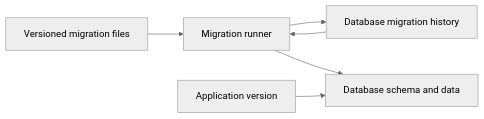
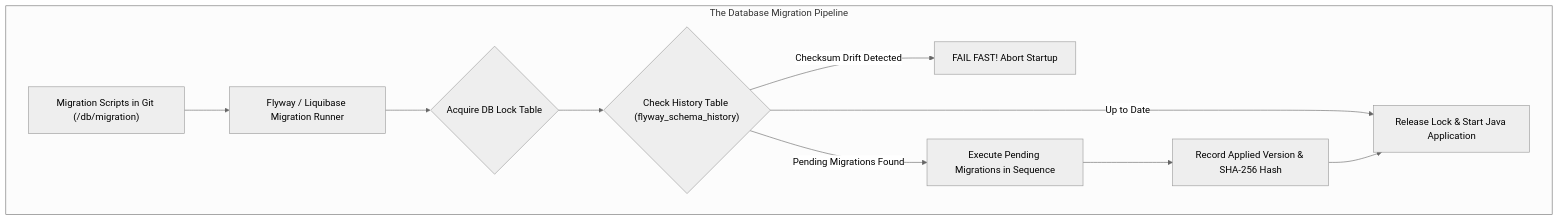
Before and after one commit to ravishankar2463/java_hub: the first of 3 diagrams in content/roadmap/level-7/database-migrations.md, drawn with Mermaid (neutral theme). The commit also changed other lines of this file, not shown here.

Commit message:
docs(level-7): overhaul database migrations with human voice, Flyway checksums, and zero-downtime expand-and-contract

````diff
--- a/content/roadmap/level-7/database-migrations.md
+++ b/content/roadmap/level-7/database-migrations.md
@@ -18,8 +25,15 @@
 ```mermaid
-flowchart LR
-    Source["Versioned migration files"] --> Runner["Migration runner"]
-    Runner --> History["Database migration history"]
-    Runner --> Schema["Database schema and data"]
-    History --> Runner
-    App["Application version"] --> Schema
+flowchart TD
+    subgraph "The Database Migration Pipeline"
+        Git["Migration Scripts in Git (/db/migration)"] --> Runner["Flyway / Liquibase Migration Runner"]
+        Runner --> Lock{"Acquire DB Lock Table"}
+        
+        Lock --> Check{"Check History Table (flyway_schema_history)"}
+        Check -->|"Checksum Drift Detected"| Crash["FAIL FAST! Abort Startup"]
+        Check -->|"Pending Migrations Found"| Apply["Execute Pending Migrations in Sequence"]
+        Check -->|"Up to Date"| Start["Release Lock & Start Java Application"]
+        
+        Apply --> Record["Record Applied Version & SHA-256 Hash"]
+        Record --> Start
+    end
 ```
````
